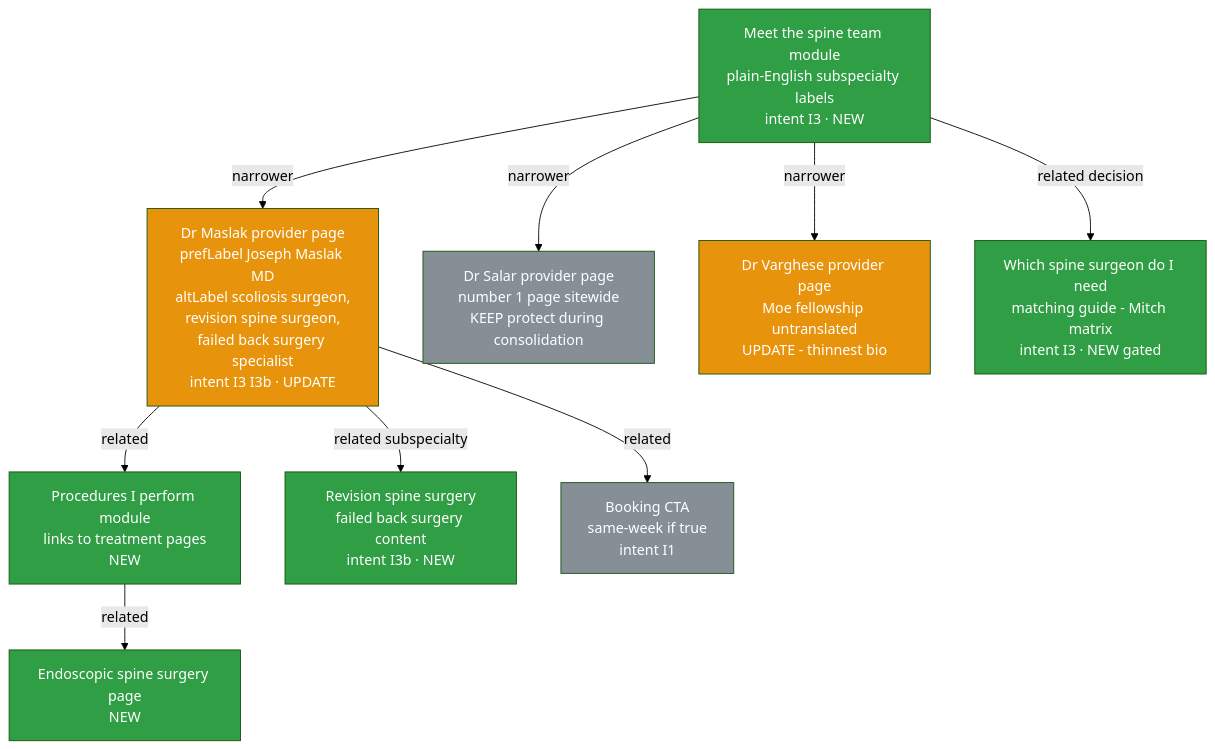
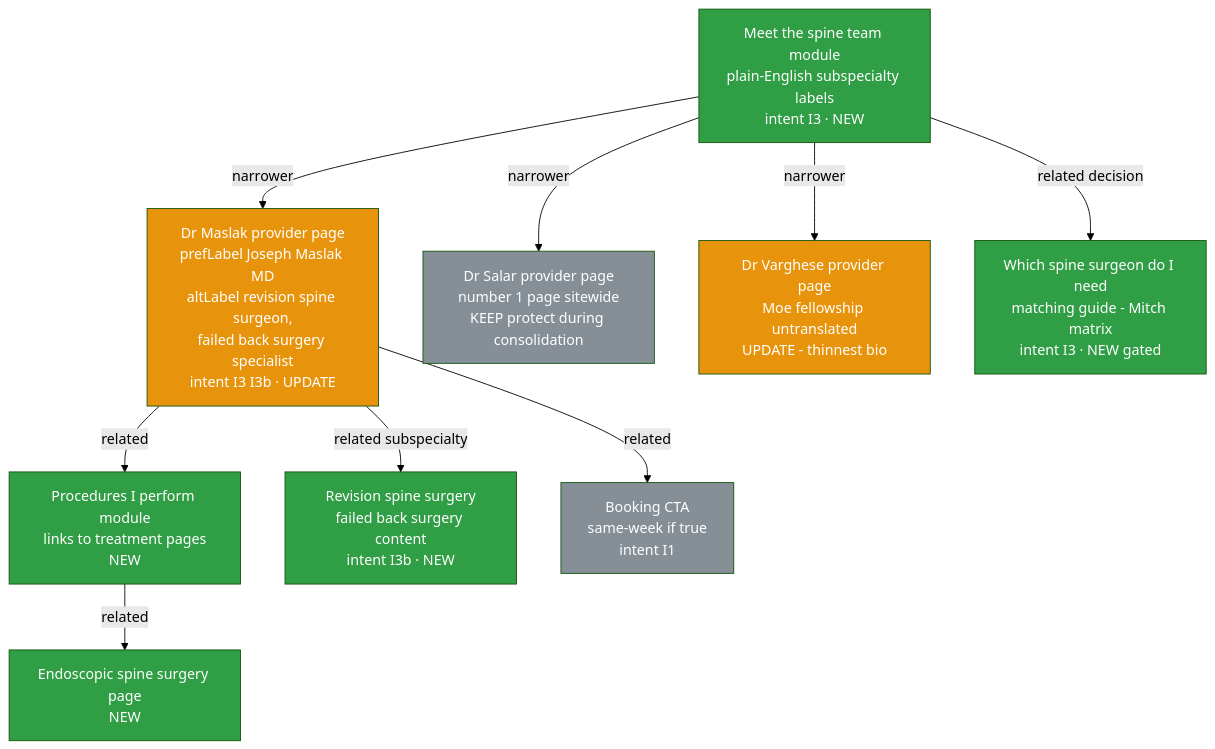
One commit to JosephAndrewMacLean/SHP changed the sixth of 9 diagrams in playbooks/spine-semantic-model.md. Above: the diagram before and after it, drawn with Mermaid (forest theme). The commit also changed other lines of this file and 6 other files, not shown here.

````diff
--- a/playbooks/spine-semantic-model.md
+++ b/playbooks/spine-semantic-model.md
@@ -289,28 +294,28 @@
 ```mermaid
 flowchart TD
     TEAM[Meet the spine team module<br/>plain-English subspecialty labels<br/>intent I3 · NEW]
-    MAS[Dr Maslak provider page<br/>prefLabel Joseph Maslak MD<br/>altLabel scoliosis surgeon,<br/>revision spine surgeon,<br/>failed back surgery specialist<br/>intent I3 I3b · UPDATE]
+    MAS[Dr Maslak provider page<br/>prefLabel Joseph Maslak MD<br/>altLabel revision spine surgeon,<br/>failed back surgery specialist<br/>intent I3 I3b · UPDATE]
     SAL[Dr Salar provider page<br/>number 1 page sitewide<br/>KEEP protect during consolidation]
     VAR[Dr Varghese provider page<br/>Moe fellowship untranslated<br/>UPDATE - thinnest bio]
     PROCS[Procedures I perform module<br/>links to treatment pages<br/>NEW]
     ENDO[Endoscopic spine surgery page<br/>NEW]
     REV[Revision spine surgery<br/>failed back surgery content<br/>intent I3b · NEW]
     MATCH[Which spine surgeon do I need<br/>matching guide - Mitch matrix<br/>intent I3 · NEW gated]
     BOOK[Booking CTA<br/>same-week if true<br/>intent I1]
 
     TEAM -->|narrower| MAS
     TEAM -->|narrower| SAL
     TEAM -->|narrower| VAR
     MAS -->|related| PROCS
     PROCS -->|related| ENDO
     MAS -->|related subspecialty| REV
     TEAM -->|related decision| MATCH
     MAS -->|related| BOOK
 
     classDef newN fill:#2f9e44,color:#fff
     classDef updN fill:#e8930c,color:#fff
     classDef keepN fill:#868e96,color:#fff
     class TEAM,PROCS,ENDO,REV,MATCH newN
     class MAS,VAR updN
     class SAL,BOOK keepN
 ```
````
